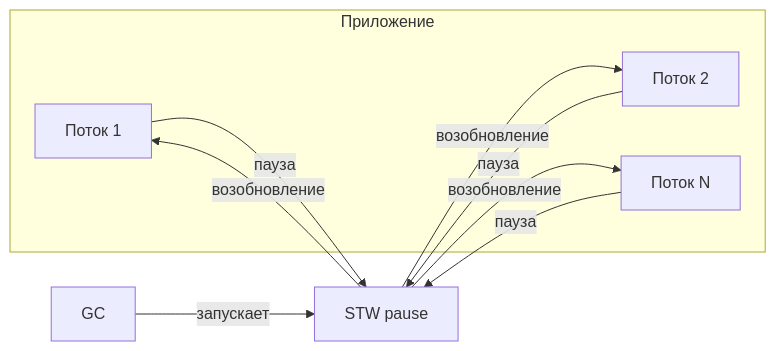
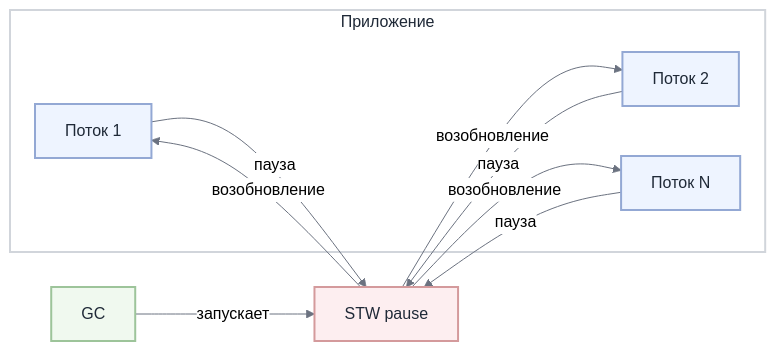
One commit to MishaSytch/middle_java_back changed the third of 3 diagrams in docs/interview/memory-gc.md. Above: the diagram before and after it, drawn with Mermaid. The commit also changed other lines of this file and 15 other files, not shown here.

````diff
--- a/docs/interview/memory-gc.md
+++ b/docs/interview/memory-gc.md
@@ -178,16 +205,28 @@
 ```mermaid
+%%{init: { 'theme': 'neutral', 'themeVariables': { 'primaryColor': '#ffffff', 'primaryTextColor': '#1f2937', 'lineColor': '#6b7280', 'primaryBorderColor': '#d1d5db', 'secondaryColor': '#f3f4f6', 'tertiaryColor': '#e5e7eb' } } }%%
 flowchart LR
     subgraph App[Приложение]
         T1[Поток 1]
         T2[Поток 2]
         T3[Поток N]
     end
     GC[GC]
     T1 -->|пауза| STW[STW pause]
     T2 -->|пауза| STW
     T3 -->|пауза| STW
     GC -->|запускает| STW
     STW -->|возобновление| T1
     STW -->|возобновление| T2
     STW -->|возобновление| T3
+    classDef n0 fill:#eef4ff,stroke:#93a8d4,stroke-width:2px,color:#1f2937
+    classDef n1 fill:#eaf5fd,stroke:#94bcd8,stroke-width:2px,color:#1f2937
+    classDef n2 fill:#fdeef0,stroke:#d49a9c,stroke-width:2px,color:#1f2937
+    classDef n3 fill:#f0f9ef,stroke:#9dc49a,stroke-width:2px,color:#1f2937
+    classDef n4 fill:#ffffff,stroke:#d1d5db,stroke-width:2px,color:#1f2937
+    class App n4
+    class T1 n0
+    class T2 n0
+    class T3 n0
+    class STW n2
+    class GC n3
 ```
````
